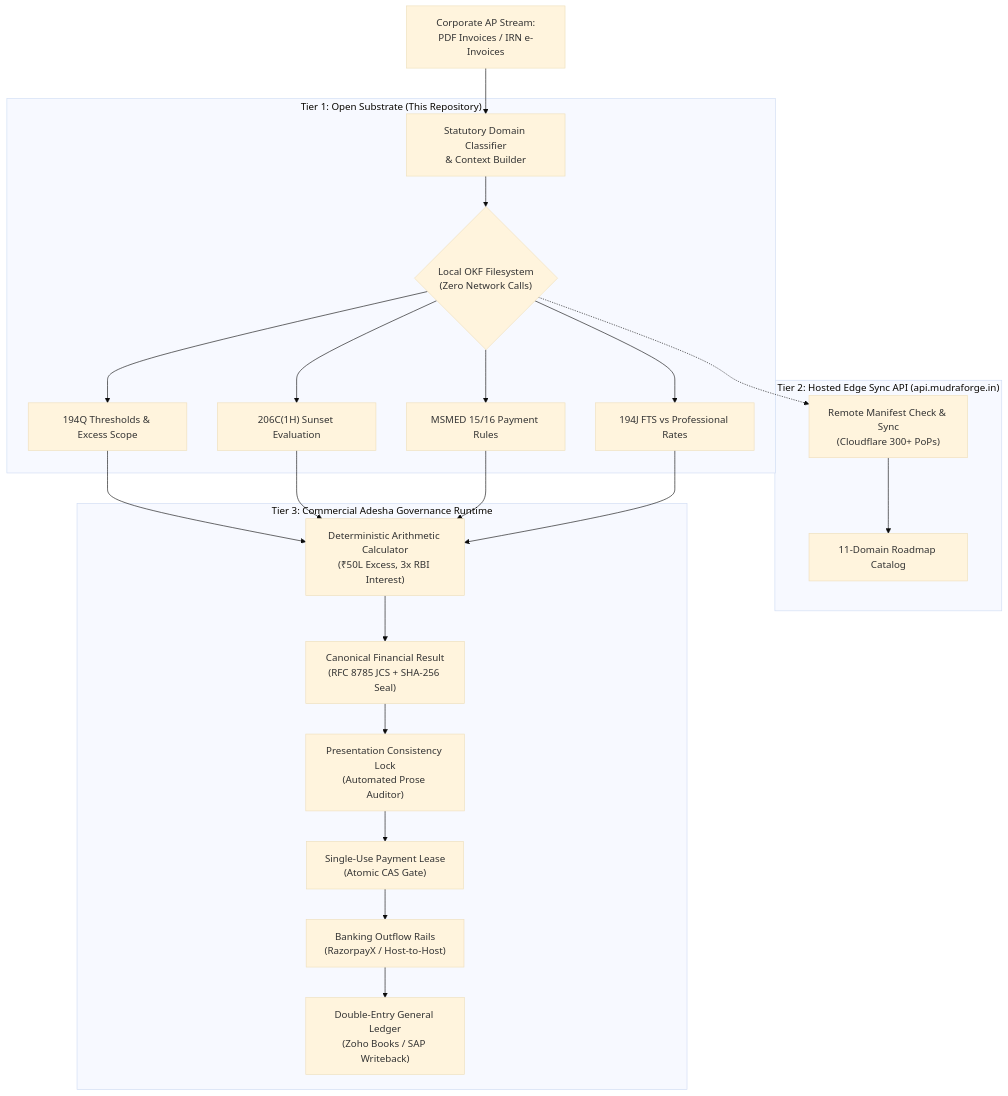
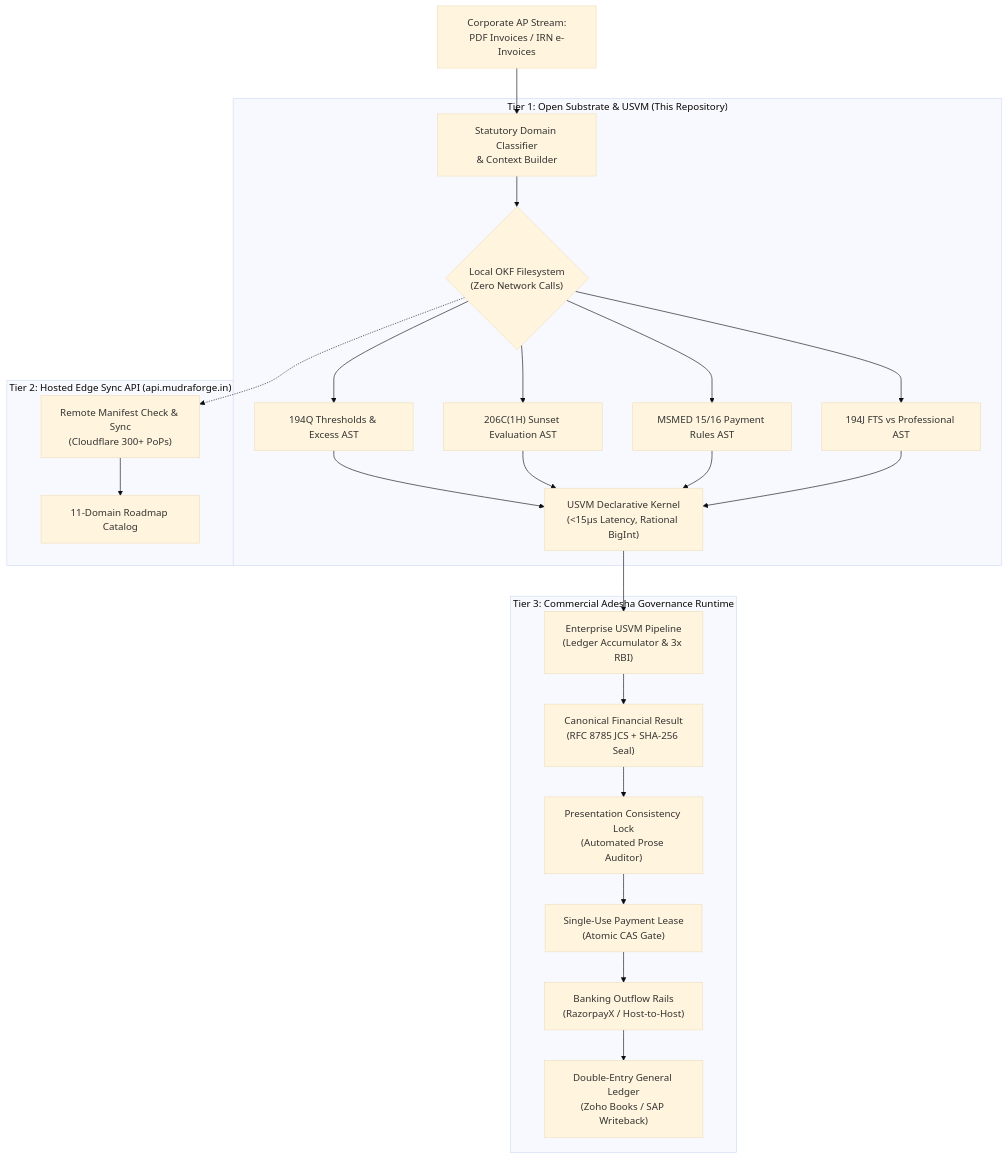
One commit to MudraForge/mudraforge-statutory changed the diagram in docs/ARCHITECTURE.md. Above: the diagram before and after it, drawn with Mermaid (base theme). The commit also changed other lines of this file and 1 other file, not shown here.

Commit message:
docs(architecture): update system diagrams to include usvm kernel and declarative ast layer

````diff
--- a/docs/ARCHITECTURE.md
+++ b/docs/ARCHITECTURE.md
@@ -526,26 +528,27 @@
 ```mermaid
 flowchart TD
     AP["Corporate AP Stream:<br/>PDF Invoices / IRN e-Invoices"] --> Triage["Statutory Domain Classifier<br/>& Context Builder"]
     
-    subgraph Tier1["Tier 1: Open Substrate (This Repository)"]
+    subgraph Tier1["Tier 1: Open Substrate & USVM (This Repository)"]
         Triage --> Substrate{"Local OKF Filesystem<br/>(Zero Network Calls)"}
-        Substrate --> S1["194Q Thresholds & Excess Scope"]
-        Substrate --> S2["206C(1H) Sunset Evaluation"]
-        Substrate --> S3["MSMED 15/16 Payment Rules"]
-        Substrate --> S4["194J FTS vs Professional Rates"]
+        Substrate --> S1["194Q Thresholds & Excess AST"]
+        Substrate --> S2["206C(1H) Sunset Evaluation AST"]
+        Substrate --> S3["MSMED 15/16 Payment Rules AST"]
+        Substrate --> S4["194J FTS vs Professional AST"]
+        S1 & S2 & S3 & S4 --> USVMKernel["USVM Declarative Kernel<br/>(<15µs Latency, Rational BigInt)"]
     end
 
     subgraph Tier2["Tier 2: Hosted Edge Sync API (api.mudraforge.in)"]
         Substrate -.-> EdgeSync["Remote Manifest Check & Sync<br/>(Cloudflare 300+ PoPs)"]
         EdgeSync --> RemoteCatalog["11-Domain Roadmap Catalog"]
     end
 
     subgraph Tier3["Tier 3: Commercial Adesha Governance Runtime"]
-        S1 & S2 & S3 & S4 --> CalcEngine["Deterministic Arithmetic Calculator<br/>(₹50L Excess, 3x RBI Interest)"]
-        CalcEngine --> CanonResult["Canonical Financial Result<br/>(RFC 8785 JCS + SHA-256 Seal)"]
+        USVMKernel --> USVMRuntime["Enterprise USVM Pipeline<br/>(Ledger Accumulator & 3x RBI)"]
+        USVMRuntime --> CanonResult["Canonical Financial Result<br/>(RFC 8785 JCS + SHA-256 Seal)"]
         CanonResult --> PresLock["Presentation Consistency Lock<br/>(Automated Prose Auditor)"]
         PresLock --> Lease["Single-Use Payment Lease<br/>(Atomic CAS Gate)"]
         Lease --> Bank["Banking Outflow Rails<br/>(RazorpayX / Host-to-Host)"]
         Bank --> GL["Double-Entry General Ledger<br/>(Zoho Books / SAP Writeback)"]
     end
 ```
````
